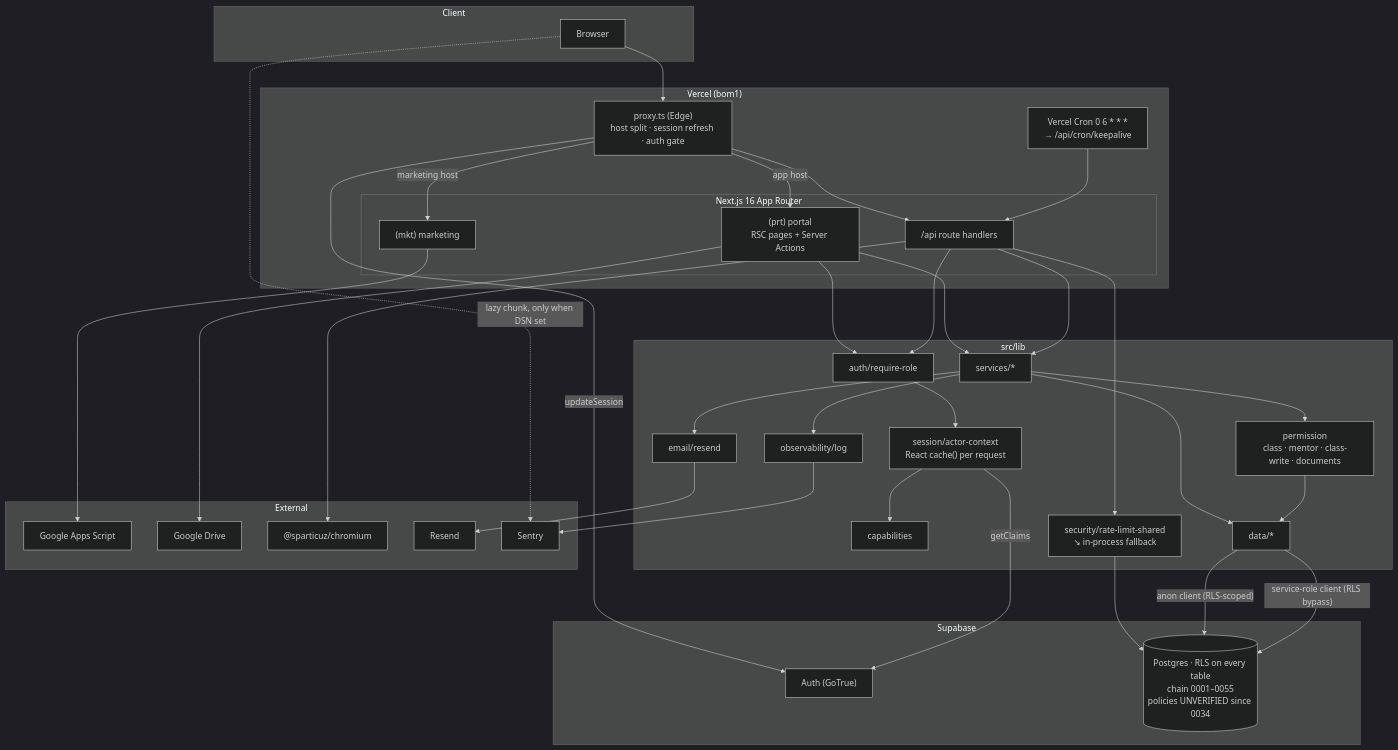
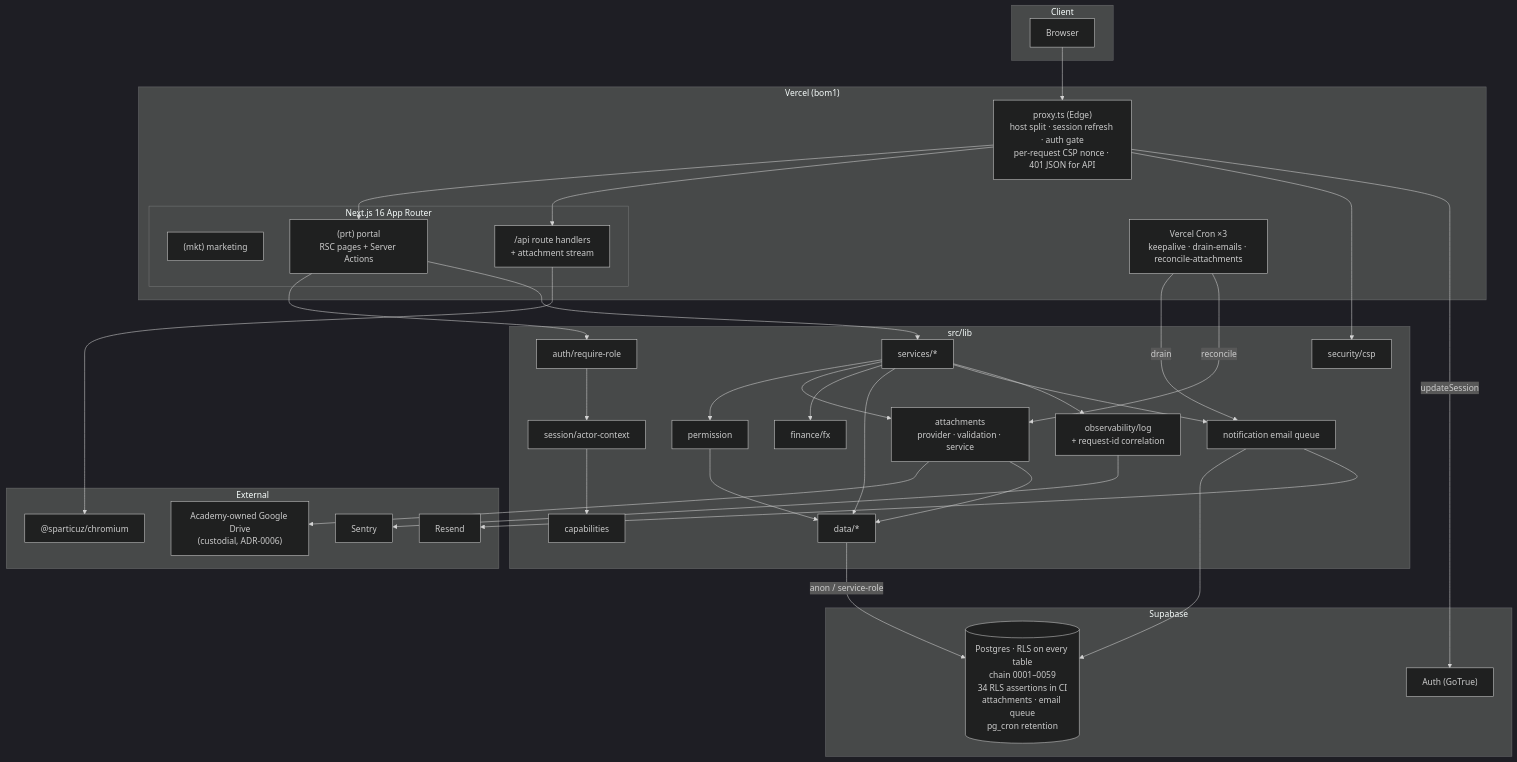
Before and after one commit to shamil3ilm/certed-test: the diagram in docs/qa/2026-08-03-architecture-audit.md, drawn with Mermaid (dark theme). The commit also changed other lines of this file and 23 other files, not shown here.

````diff
--- a/docs/qa/2026-08-03-architecture-audit.md
+++ b/docs/qa/2026-08-03-architecture-audit.md
@@ -181,72 +165,68 @@
 ```mermaid
 flowchart TB
   subgraph Client
     B[Browser]
   end
 
   subgraph Vercel["Vercel (bom1)"]
-    MW["proxy.ts (Edge)<br/>host split · session refresh · auth gate"]
+    MW["proxy.ts (Edge)<br/>host split · session refresh · auth gate<br/>per-request CSP nonce · 401 JSON for API"]
     subgraph Next["Next.js 16 App Router"]
       MKT["(mkt) marketing"]
       PRT["(prt) portal<br/>RSC pages + Server Actions"]
-      API["/api route handlers"]
+      API["/api route handlers<br/>+ attachment stream"]
     end
-    CRON["Vercel Cron 0 6 * * *<br/>→ /api/cron/keepalive"]
+    CRON["Vercel Cron ×3<br/>keepalive · drain-emails · reconcile-attachments"]
   end
 
   subgraph Domain["src/lib"]
     GUARD["auth/require-role"]
-    ACTOR["session/actor-context<br/>React cache() per request"]
+    ACTOR["session/actor-context"]
     CAP["capabilities"]
-    PERM["permission<br/>class · mentor · class-write · documents"]
+    PERM["permission"]
     SVC["services/*"]
+    ATT["attachments<br/>provider · validation · service"]
+    FX["finance/fx"]
     DATA["data/*"]
-    OBS["observability/log"]
-    RLS2["security/rate-limit-shared<br/>↘ in-process fallback"]
-    MAILM["email/resend"]
+    OBS["observability/log<br/>+ request-id correlation"]
+    QUEUE["notification email queue"]
+    CSP["security/csp"]
   end
 
   subgraph Supabase
     AUTH["Auth (GoTrue)"]
-    PG[("Postgres · RLS on every table<br/>chain 0001–0055<br/>policies UNVERIFIED since 0034")]
+    PG[("Postgres · RLS on every table<br/>chain 0001–0059<br/>34 RLS assertions in CI<br/>attachments · email queue<br/>pg_cron retention")]
   end
 
   subgraph External
-    GAS["Google Apps Script"]
-    DRIVE["Google Drive"]
+    GDRIVE["Academy-owned Google Drive<br/>(custodial, ADR-0006)"]
     CHROME["@sparticuz/chromium"]
     RESEND["Resend"]
     SENTRY["Sentry"]
   end
 
   B --> MW
-  MW -->|marketing host| MKT
-  MW -->|app host| PRT
+  MW --> PRT
   MW --> API
+  MW --> CSP
   MW -->|updateSession| AUTH
-
   PRT --> GUARD
-  API --> GUARD
   GUARD --> ACTOR
   ACTOR --> CAP
-  ACTOR -->|getClaims| AUTH
   PRT --> SVC
-  API --> SVC
-  API --> RLS2
   SVC --> PERM
+  SVC --> ATT
+  SVC --> FX
   SVC --> DATA
+  SVC --> QUEUE
   SVC --> OBS
-  SVC --> MAILM
-  MAILM --> RESEND
+  ATT --> GDRIVE
+  ATT --> DATA
+  QUEUE --> PG
+  CRON -->|drain| QUEUE
+  CRON -->|reconcile| ATT
+  QUEUE --> RESEND
   OBS --> SENTRY
-  B -.->|"lazy chunk, only when DSN set"| SENTRY
   PERM --> DATA
-  RLS2 --> PG
-  DATA -->|"anon client (RLS-scoped)"| PG
-  DATA -->|"service-role client (RLS bypass)"| PG
-
-  MKT --> GAS
-  PRT --> DRIVE
+  DATA -->|"anon / service-role"| PG
   API --> CHROME
-  CRON --> API
 ```
````
